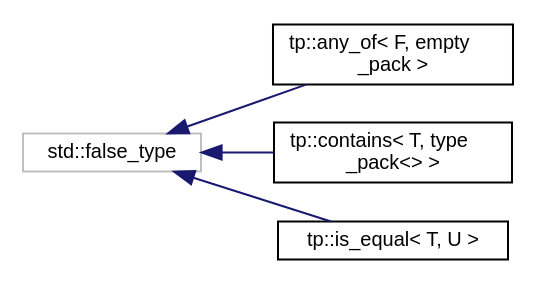
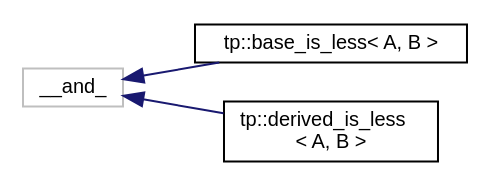
The diagram in inherit_graph_3.dot (glebzlat/type_pack), drawn with Graphviz before and after one commit. The commit also changed 147 other files, not shown here.

```diff
--- a/inherit_graph_3.dot
+++ b/inherit_graph_3.dot
@@ -1,14 +1,12 @@
 digraph "Graphical Class Hierarchy"
 {
  // LATEX_PDF_SIZE
   edge [fontname="Helvetica",fontsize="10",labelfontname="Helvetica",labelfontsize="10"];
   node [fontname="Helvetica",fontsize="10",shape=record];
   rankdir="LR";
-  Node22 [label="std::false_type",height=0.2,width=0.4,color="grey75", fillcolor="white", style="filled",tooltip=" "];
-  Node22 -> Node0 [dir="back",color="midnightblue",fontsize="10",style="solid",fontname="Helvetica"];
-  Node0 [label="tp::any_of\< F, empty\l_pack \>",height=0.2,width=0.4,color="black", fillcolor="white", style="filled",URL="$structtp_1_1any__of_3_01F_00_01empty__pack_01_4.html",tooltip=" "];
-  Node22 -> Node24 [dir="back",color="midnightblue",fontsize="10",style="solid",fontname="Helvetica"];
-  Node24 [label="tp::contains\< T, type\l_pack\<\> \>",height=0.2,width=0.4,color="black", fillcolor="white", style="filled",URL="$structtp_1_1contains_3_01T_00_01type__pack_3_4_01_4.html",tooltip=" "];
-  Node22 -> Node25 [dir="back",color="midnightblue",fontsize="10",style="solid",fontname="Helvetica"];
-  Node25 [label="tp::is_equal\< T, U \>",height=0.2,width=0.4,color="black", fillcolor="white", style="filled",URL="$structtp_1_1is__equal.html",tooltip=" "];
+  Node1 [label="__and_",height=0.2,width=0.4,color="grey75", fillcolor="white", style="filled",tooltip=" "];
+  Node1 -> Node0 [dir="back",color="midnightblue",fontsize="10",style="solid",fontname="Helvetica"];
+  Node0 [label="tp::base_is_less\< A, B \>",height=0.2,width=0.4,color="black", fillcolor="white", style="filled",URL="$structtp_1_1base__is__less.html",tooltip=" "];
+  Node1 -> Node3 [dir="back",color="midnightblue",fontsize="10",style="solid",fontname="Helvetica"];
+  Node3 [label="tp::derived_is_less\l\< A, B \>",height=0.2,width=0.4,color="black", fillcolor="white", style="filled",URL="$structtp_1_1derived__is__less.html",tooltip=" "];
 }
```
